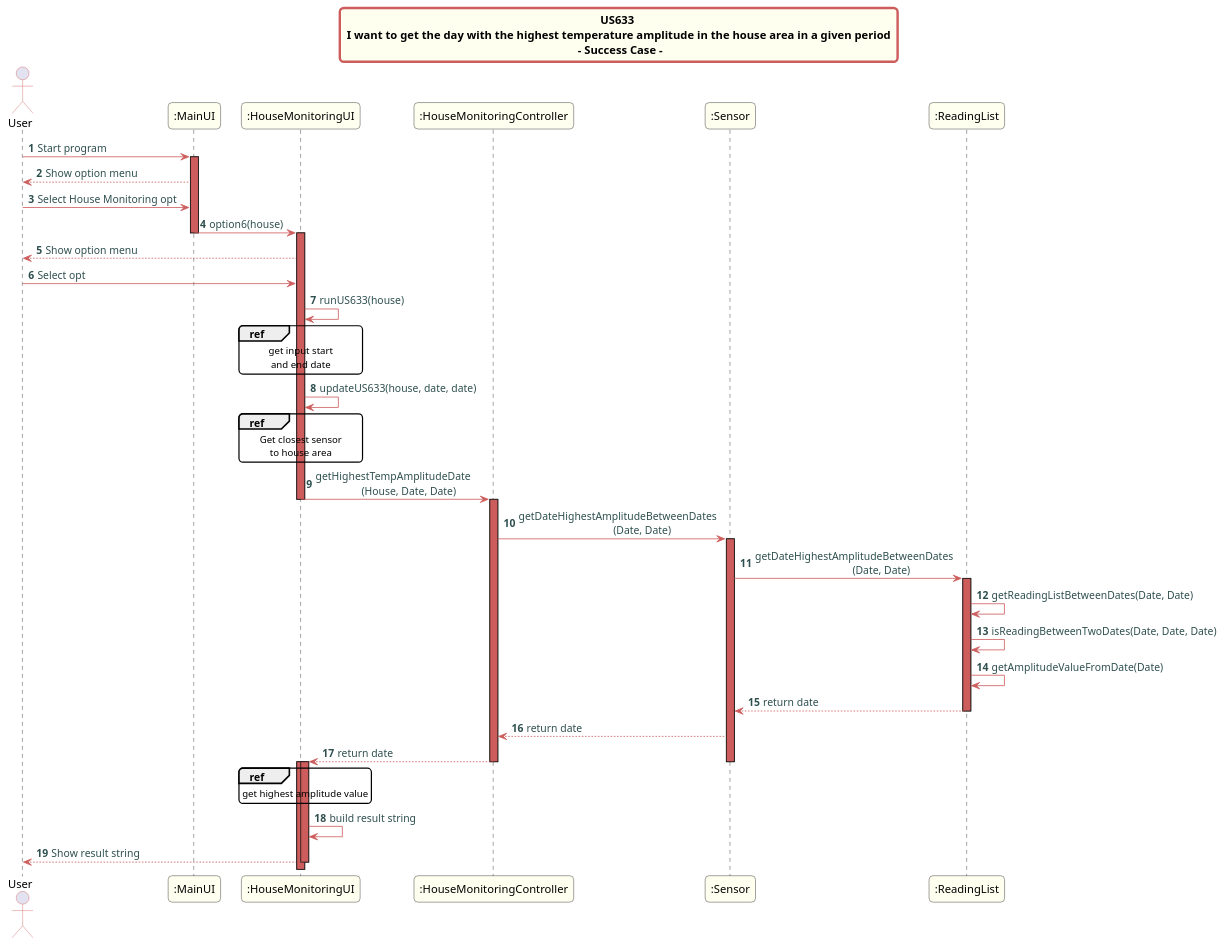
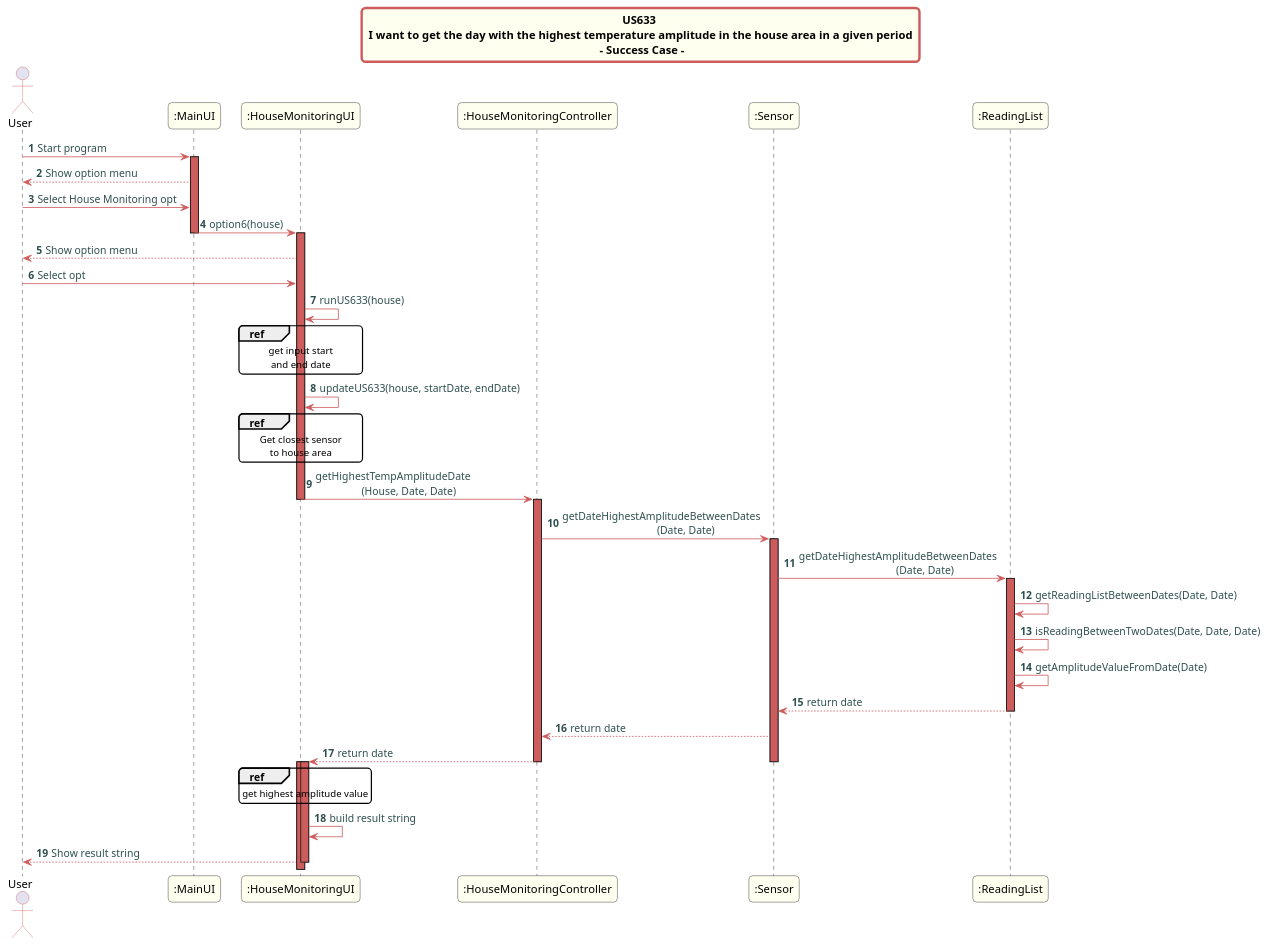
The diagram in src/doc/Controllers/HouseMonitoring/US633/US633_sd_HouseMonitoring.puml (Almadanmp/project), drawn with PlantUML before and after one commit.

Commit message:
REF #168: Corrected date to startDate and endDate

```diff
--- a/src/doc/Controllers/HouseMonitoring/US633/US633_sd_HouseMonitoring.puml
+++ b/src/doc/Controllers/HouseMonitoring/US633/US633_sd_HouseMonitoring.puml
@@ -1,91 +1,91 @@
 @startuml
 skinparam titleBorderRoundCorner 10
 skinparam titleBorderThickness 3
 skinparam titleBorderColor indianred
 skinparam titleBackgroundColor ivory
 skinparam FontName quicksand
 
 skinparam actor {
   BorderColor indianred
   }
 
 skinparam sequence {
   LifeLineBackgroundColor indianred
   ParticipantBackgroundColor ivory
 }
 
 skinparam roundcorner 10
 
 skinparam component {
   arrowThickness 1
   ArrowFontName Verdana
   ArrowColor indianred
   ArrowFontColor darkslategrey
 }
 
 title US633 \n I want to get the day with the highest temperature amplitude in the house area in a given period \n - Success Case -
 
 autonumber
 
 actor User
 
 User -> ":MainUI": Start program
 activate ":MainUI"
 
 ":MainUI" --> User: Show option menu
 User-> ":MainUI": Select House Monitoring opt
 ":MainUI" -> ":HouseMonitoringUI": option6(house)
 deactivate ":MainUI"
 activate ":HouseMonitoringUI"
 ":HouseMonitoringUI" --> User: Show option menu
 User -> ":HouseMonitoringUI": Select opt
 ":HouseMonitoringUI" -> ":HouseMonitoringUI": runUS633(house)
 
 ref over ":HouseMonitoringUI"
 get input start
 and end date
 end ref
 
-":HouseMonitoringUI" -> ":HouseMonitoringUI": updateUS633(house, date, date)
+":HouseMonitoringUI" -> ":HouseMonitoringUI": updateUS633(house, startDate, endDate)
 ref over ":HouseMonitoringUI"
 Get closest sensor
 to house area
 end ref
 
 ":HouseMonitoringUI" -> ":HouseMonitoringController": getHighestTempAmplitudeDate\n                 (House, Date, Date)
 deactivate ":HouseMonitoringUI"
 activate ":HouseMonitoringController"
 ":HouseMonitoringController" -> ":Sensor": getDateHighestAmplitudeBetweenDates\n                                   (Date, Date)
 
 activate ":Sensor"
 
 ":Sensor" -> ":ReadingList": getDateHighestAmplitudeBetweenDates\n                                    (Date, Date)
 activate ":ReadingList"
 
 ":ReadingList"->":ReadingList": getReadingListBetweenDates(Date, Date)
 ":ReadingList"->":ReadingList": isReadingBetweenTwoDates(Date, Date, Date)
 ":ReadingList"->":ReadingList": getAmplitudeValueFromDate(Date)
 ":ReadingList" --> ":Sensor": return date
 deactivate ":ReadingList"
 ":Sensor" --> ":HouseMonitoringController": return date
 ":HouseMonitoringController" --> ":HouseMonitoringUI": return date
 deactivate ":Sensor"
 deactivate ":HouseMonitoringController"
 activate ":HouseMonitoringUI"
 
 ref over ":HouseMonitoringUI"
 get highest amplitude value
 end ref
 
 deactivate ":HouseMonitoringController"
 activate ":HouseMonitoringUI"
 
 ":HouseMonitoringUI" -> ":HouseMonitoringUI": build result string
 
 ":HouseMonitoringUI" --> User: Show result string
 deactivate ":HouseMonitoringUI"
 
 deactivate ":MainUI"
 
 
 @enduml
```
